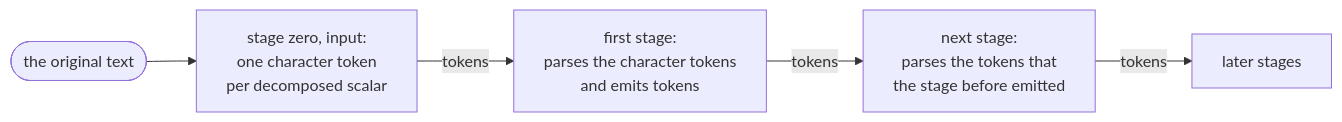
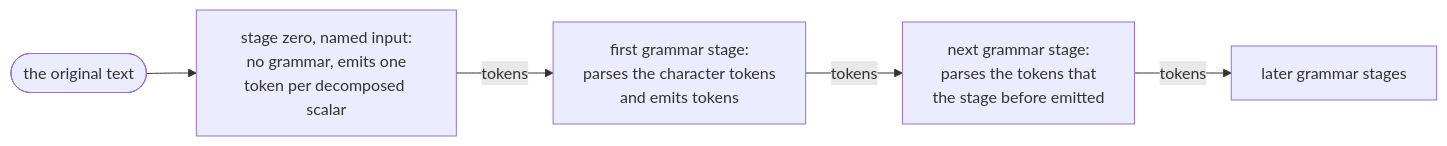
The first of 3 diagrams in docs/notation.md (int19h/gencmu), drawn with Mermaid before and after one commit. The commit also changed other lines of this file and 1 other file, not shown here.

Commit message:
Correct the notation diagrams, the foreign-run subject and the KU grouping note

````diff
--- a/docs/notation.md
+++ b/docs/notation.md
@@ -15,7 +15,7 @@
 ```mermaid
 flowchart LR
-  src(["the original text"]) --> s0["stage zero, input:<br/>one character token<br/>per decomposed scalar"]
-  s0 -- tokens --> s1["first stage:<br/>parses the character tokens<br/>and emits tokens"]
-  s1 -- tokens --> s2["next stage:<br/>parses the tokens that<br/>the stage before emitted"]
-  s2 -- tokens --> s3["later stages"]
+  src(["the original text"]) --> s0["stage zero, named input:<br/>no grammar, emits one<br/>token per decomposed scalar"]
+  s0 -- tokens --> s1["first grammar stage:<br/>parses the character tokens<br/>and emits tokens"]
+  s1 -- tokens --> s2["next grammar stage:<br/>parses the tokens that<br/>the stage before emitted"]
+  s2 -- tokens --> s3["later grammar stages"]
 ```
````
